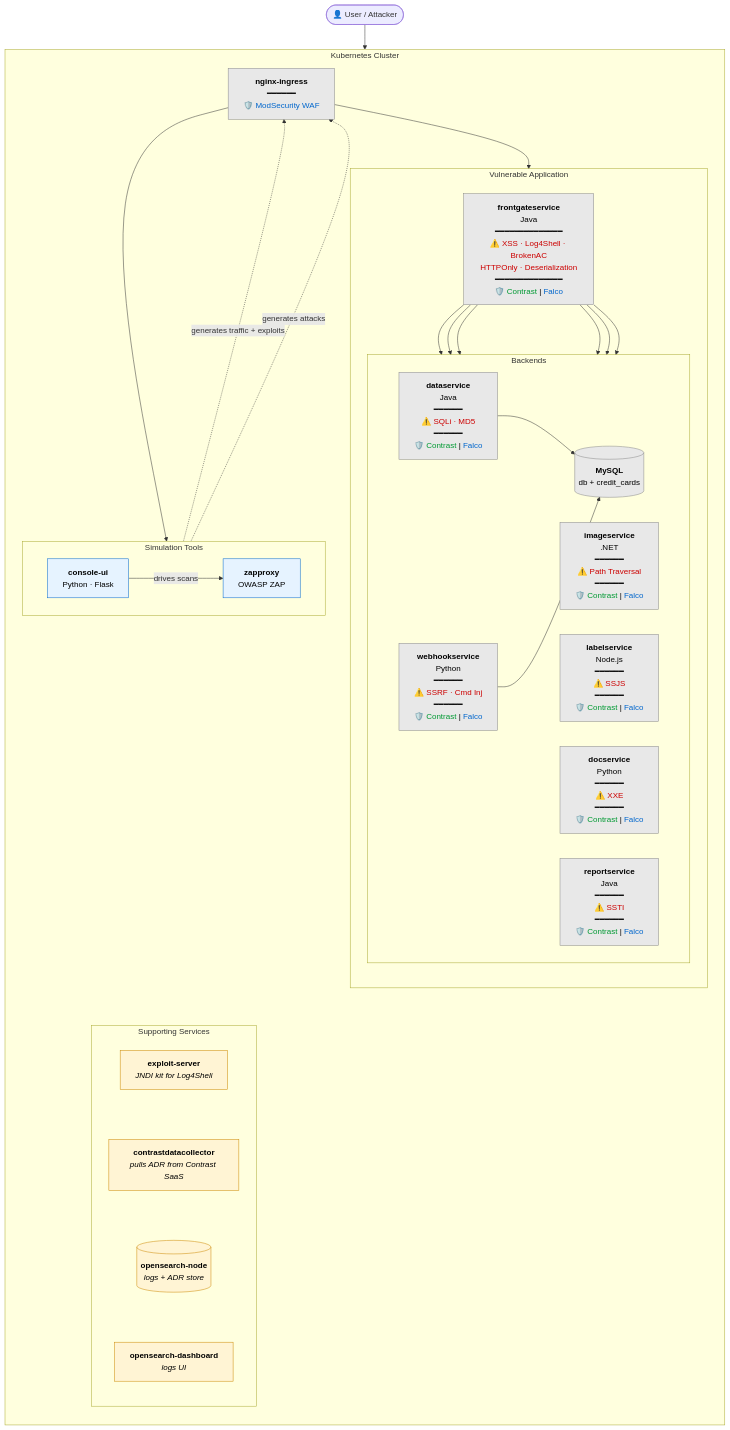
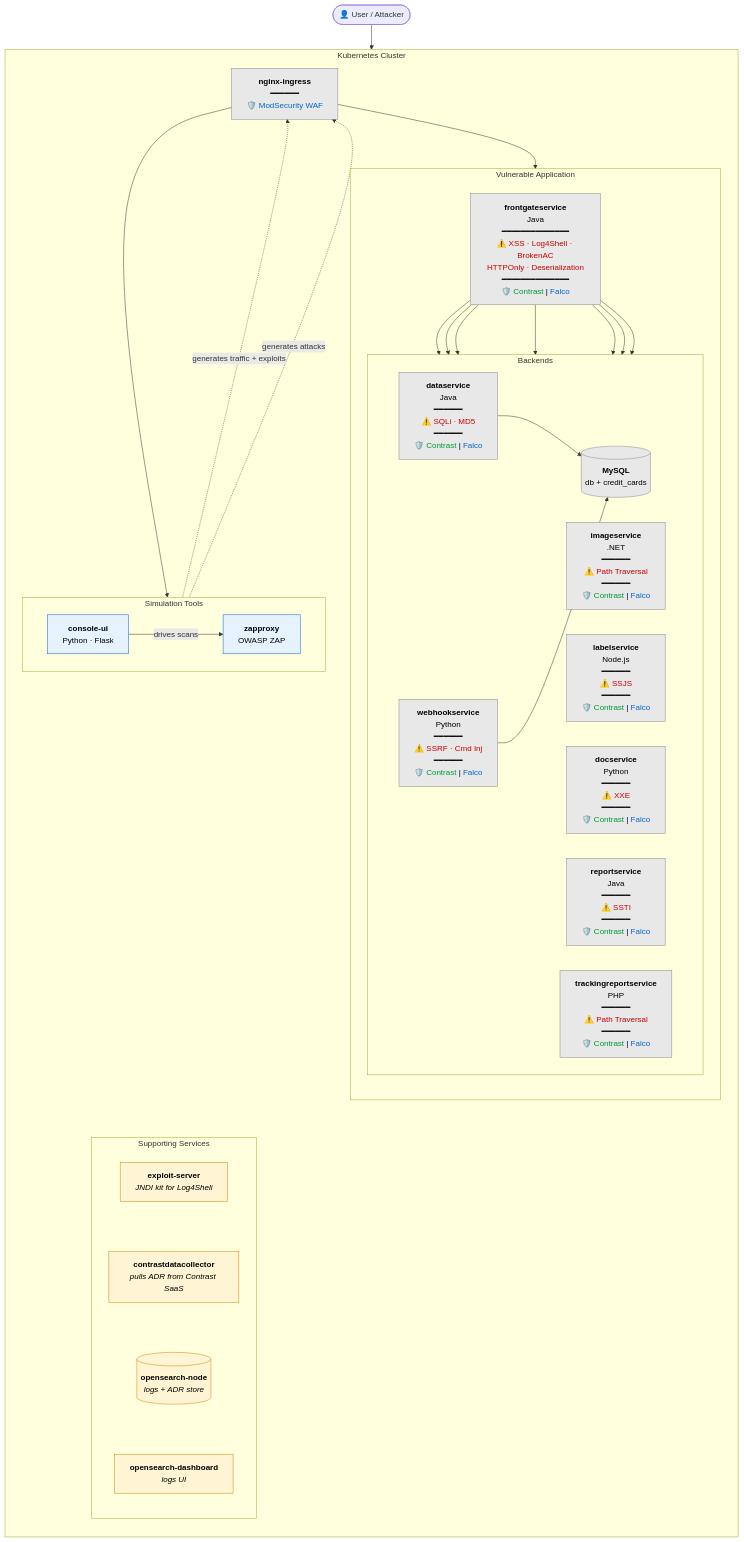
One commit to Contrast-Security-OSS/cargo-cats changed the diagram in README.md. Above: the diagram before and after it, drawn with Mermaid. The commit also changed other lines of this file, not shown here.

Commit message:
docs: add trackingreportservice (PHP) to README diagram and lists

````diff
--- a/README.md
+++ b/README.md
@@ -8,69 +8,71 @@
 ```mermaid
 flowchart TB
     User([👤 User / Attacker])
 
     subgraph K8S["Kubernetes Cluster"]
         direction TB
 
         Ingress["<b>nginx-ingress</b><br/>━━━━━━<br/>🛡️ <font color='#0066cc'>ModSecurity WAF</font>"]
 
         subgraph APP["Vulnerable Application"]
             direction TB
             FG["<b>frontgateservice</b><br/>Java<br/>━━━━━━━━━━━━━━<br/><font color='#c00'>⚠️ XSS · Log4Shell · BrokenAC<br/>HTTPOnly · Deserialization</font><br/>━━━━━━━━━━━━━━<br/>🛡️ <font color='#093'>Contrast</font> | <font color='#0066cc'>Falco</font>"]
 
             subgraph BE["Backends"]
                 direction LR
                 DS["<b>dataservice</b><br/>Java<br/>━━━━━━<br/><font color='#c00'>⚠️ SQLi · MD5</font><br/>━━━━━━<br/>🛡️ <font color='#093'>Contrast</font> | <font color='#0066cc'>Falco</font>"]
                 WH["<b>webhookservice</b><br/>Python<br/>━━━━━━<br/><font color='#c00'>⚠️ SSRF · Cmd Inj</font><br/>━━━━━━<br/>🛡️ <font color='#093'>Contrast</font> | <font color='#0066cc'>Falco</font>"]
                 IS["<b>imageservice</b><br/>.NET<br/>━━━━━━<br/><font color='#c00'>⚠️ Path Traversal</font><br/>━━━━━━<br/>🛡️ <font color='#093'>Contrast</font> | <font color='#0066cc'>Falco</font>"]
                 LS["<b>labelservice</b><br/>Node.js<br/>━━━━━━<br/><font color='#c00'>⚠️ SSJS</font><br/>━━━━━━<br/>🛡️ <font color='#093'>Contrast</font> | <font color='#0066cc'>Falco</font>"]
                 DC["<b>docservice</b><br/>Python<br/>━━━━━━<br/><font color='#c00'>⚠️ XXE</font><br/>━━━━━━<br/>🛡️ <font color='#093'>Contrast</font> | <font color='#0066cc'>Falco</font>"]
                 RS["<b>reportservice</b><br/>Java<br/>━━━━━━<br/><font color='#c00'>⚠️ SSTI</font><br/>━━━━━━<br/>🛡️ <font color='#093'>Contrast</font> | <font color='#0066cc'>Falco</font>"]
+                TR["<b>trackingreportservice</b><br/>PHP<br/>━━━━━━<br/><font color='#c00'>⚠️ Path Traversal</font><br/>━━━━━━<br/>🛡️ <font color='#093'>Contrast</font> | <font color='#0066cc'>Falco</font>"]
                 DB[("<b>MySQL</b><br/>db + credit_cards")]
             end
         end
 
         subgraph SIM["Simulation Tools"]
             direction LR
             CU["<b>console-ui</b><br/>Python · Flask"]
             ZAP["<b>zapproxy</b><br/>OWASP ZAP"]
             CU -- "drives scans" --> ZAP
         end
 
         subgraph SUPP["Supporting Services"]
             direction TB
             EX["<b>exploit-server</b><br/><i>JNDI kit for Log4Shell</i>"]
             CDC["<b>contrastdatacollector</b><br/><i>pulls ADR from Contrast SaaS</i>"]
             OSN[("<b>opensearch-node</b><br/><i>logs + ADR store</i>")]
             OSD["<b>opensearch-dashboard</b><br/><i>logs UI</i>"]
             EX ~~~ CDC
             CDC ~~~ OSN
             OSN ~~~ OSD
         end
     end
 
     User --> Ingress
     Ingress --> FG
     Ingress --> CU
     Ingress ~~~ ZAP
     FG --> DS
     FG --> WH
     FG --> IS
     FG --> LS
     FG --> DC
     FG --> RS
+    FG --> TR
     DS --> DB
     WH --> DB
 
     CU  -. "generates traffic + exploits" .-> Ingress
     ZAP -. "generates attacks" .-> Ingress
 
     ZAP ~~~ EX
 
     classDef vuln fill:#e8e8e8,stroke:#888,color:#000
     classDef sim  fill:#e6f3ff,stroke:#06c,color:#000
     classDef supp fill:#fff4d4,stroke:#c80,color:#000
-    class FG,DS,WH,IS,LS,DC,RS,DB,Ingress vuln
+    class FG,DS,WH,IS,LS,DC,RS,TR,DB,Ingress vuln
     class CU,ZAP sim
     class EX,CDC,OSN,OSD supp
 ```
````
